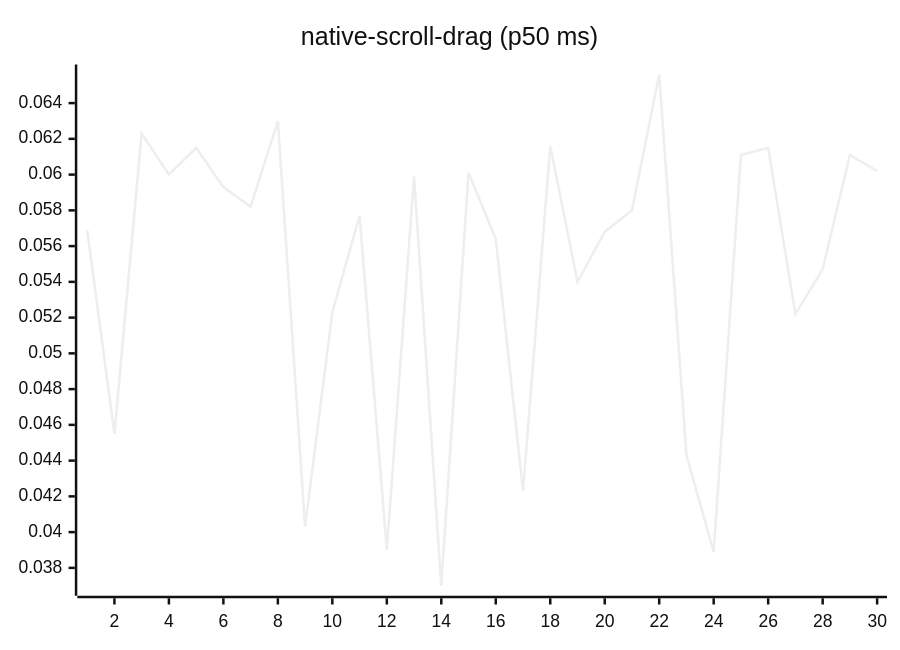
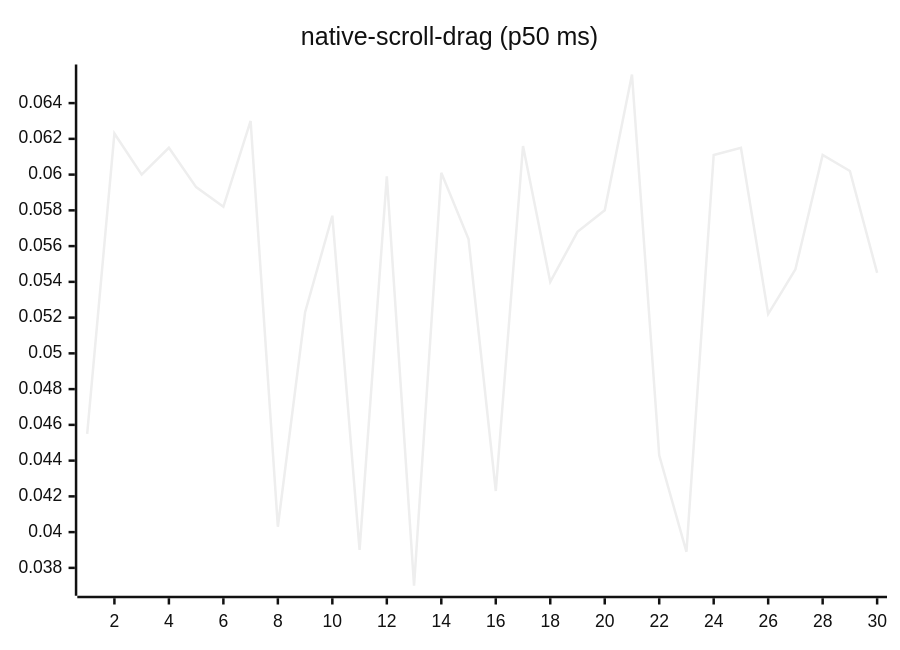
One commit to josha/Facet changed diagram 14 of 27 in README.md. Above: the diagram before and after it, drawn with Mermaid (neutral theme). The commit also changed other lines of this file and 2 other files, not shown here.

````diff
--- a/README.md
+++ b/README.md
@@ -154,6 +154,6 @@
 ```mermaid
 xychart-beta
     title "native-scroll-drag (p50 ms)"
     x-axis 1 --> 30
-    line [0.0569, 0.0455, 0.0623, 0.0600, 0.0615, 0.0593, 0.0582, 0.0630, 0.0403, 0.0523, 0.0577, 0.0390, 0.0599, 0.0370, 0.0601, 0.0564, 0.0423, 0.0616, 0.0540, 0.0568, 0.0580, 0.0656, 0.0443, 0.0389, 0.0611, 0.0615, 0.0522, 0.0547, 0.0611, 0.0602]
+    line [0.0455, 0.0623, 0.0600, 0.0615, 0.0593, 0.0582, 0.0630, 0.0403, 0.0523, 0.0577, 0.0390, 0.0599, 0.0370, 0.0601, 0.0564, 0.0423, 0.0616, 0.0540, 0.0568, 0.0580, 0.0656, 0.0443, 0.0389, 0.0611, 0.0615, 0.0522, 0.0547, 0.0611, 0.0602, 0.0545]
 ```
````
